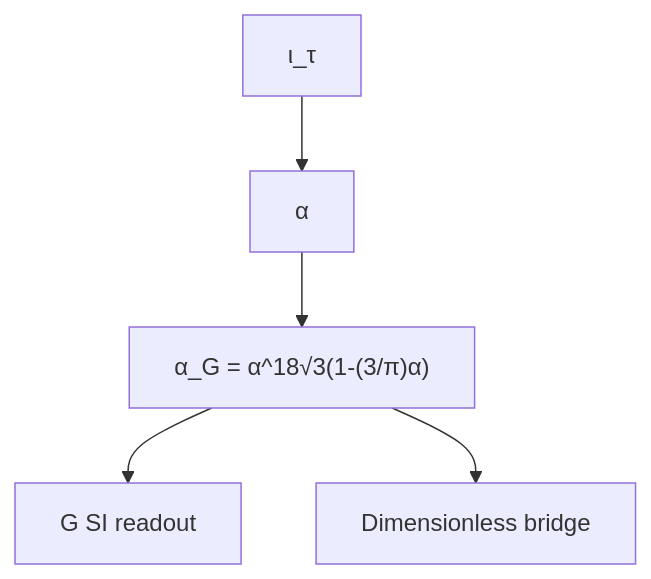
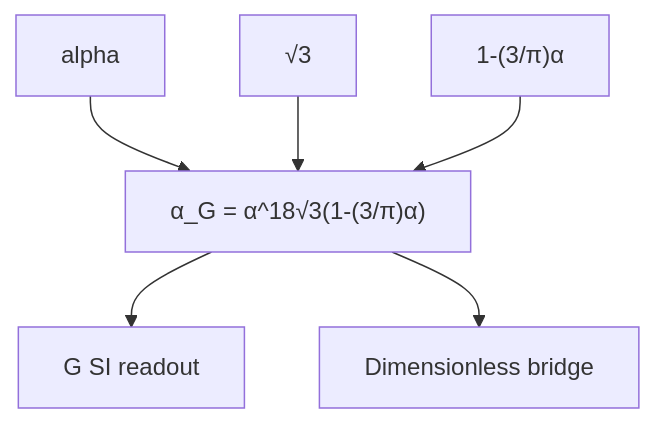
The diagram in assets/data/calibration/diagrams/alpha-g.mmd (Panta-Rhei-Research/site), drawn with Mermaid before and after one commit. The commit also changed 42 other files, not shown here.

```diff
--- a/assets/data/calibration/diagrams/alpha-g.mmd
+++ b/assets/data/calibration/diagrams/alpha-g.mmd
@@ -1,5 +1,6 @@
 flowchart TD
-  iota["ι_τ"] --> alpha["α"]
   alpha --> alphaG["α_G = α^18√3(1-(3/π)α)"]
+  sqrt3["√3"] --> alphaG
+  correction["1-(3/π)α"] --> alphaG
   alphaG --> G["G SI readout"]
   alphaG --> boundary["Dimensionless bridge"]
```
